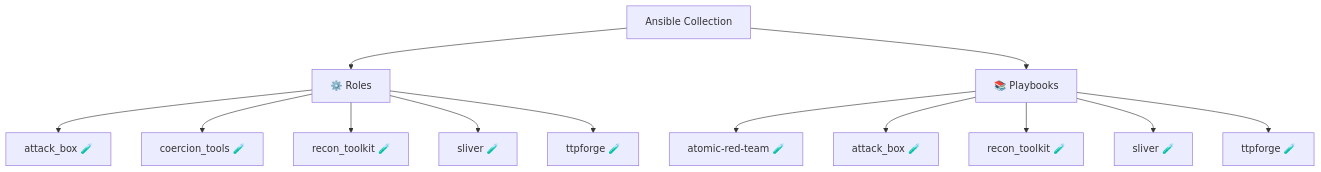
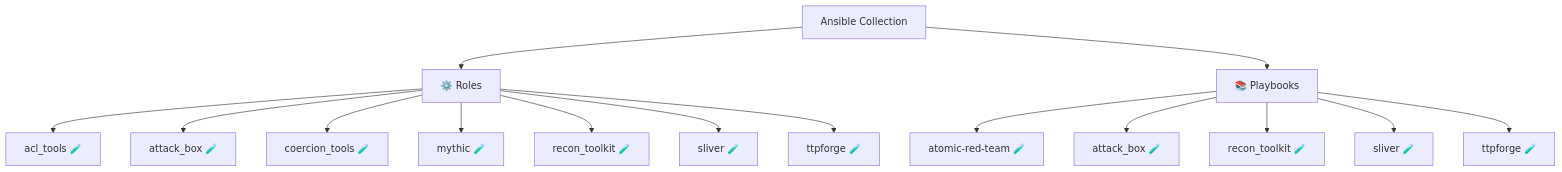
The diagram in README.md (l50/ansible-collection-arsenal), drawn with Mermaid before and after one commit. The commit also changed other lines of this file and 1 other file, not shown here.

Commit message:
docs: clarify responder lifecycle ownership comment in defaults
**Changed:**

- Rewrote inline comment for Responder lifecycle to clarify that this role is install-only and that runtime management (challenge pinning, NetNTLMv1 downgrade, listener start/stop) is the responsibility of the consuming playbook or operator tooling, not a specific worker implementation - `roles/coercion_tools/defaults/main.yml`

````diff
--- a/README.md
+++ b/README.md
@@ -13,16 +13,18 @@
 ```mermaid
 graph TD
     Collection[Ansible Collection]
     Collection --> Roles[⚙️ Roles]
-    Roles --> R0[attack_box 🧪]
-    Roles --> R1[coercion_tools 🧪]
-    Roles --> R2[recon_toolkit 🧪]
-    Roles --> R3[sliver 🧪]
-    Roles --> R4[ttpforge 🧪]
+    Roles --> R0[acl_tools 🧪]
+    Roles --> R1[attack_box 🧪]
+    Roles --> R2[coercion_tools 🧪]
+    Roles --> R3[mythic 🧪]
+    Roles --> R4[recon_toolkit 🧪]
+    Roles --> R5[sliver 🧪]
+    Roles --> R6[ttpforge 🧪]
     Collection --> Playbooks[📚 Playbooks]
     Playbooks --> PB0[atomic-red-team 🧪]
     Playbooks --> PB1[attack_box 🧪]
     Playbooks --> PB2[recon_toolkit 🧪]
     Playbooks --> PB3[sliver 🧪]
     Playbooks --> PB4[ttpforge 🧪]
 ```
````
